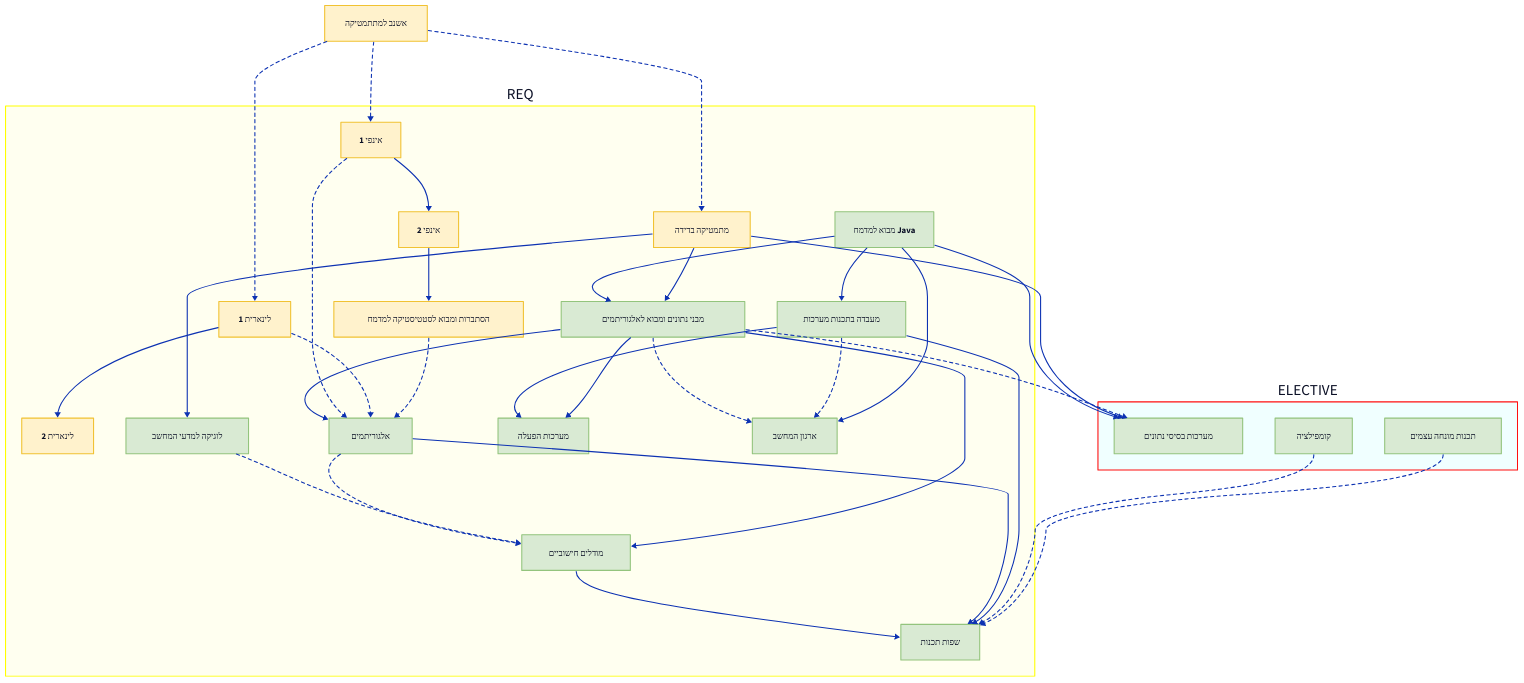
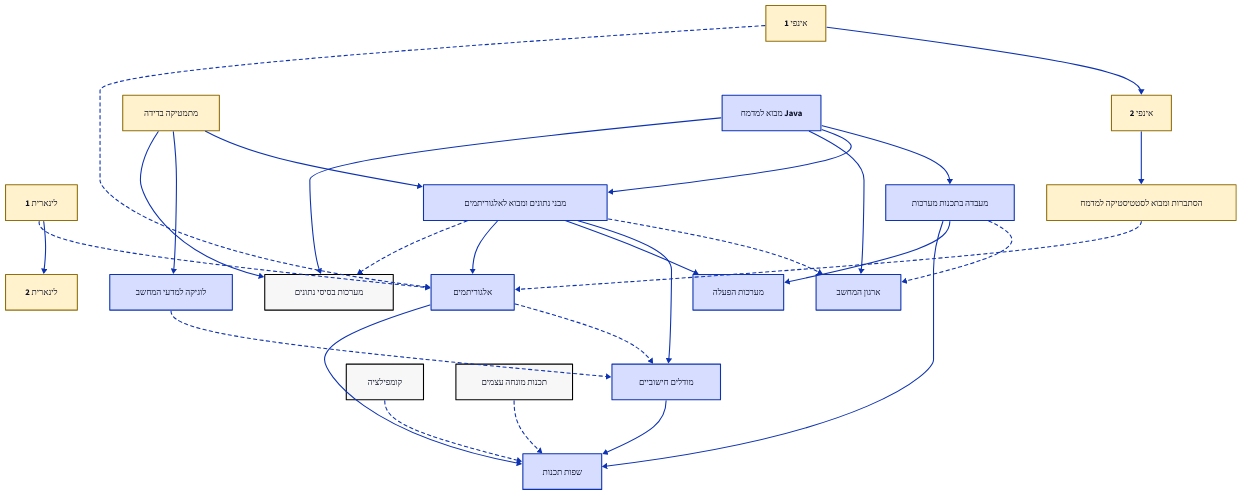
One commit to adielBm/cs-course-dependencies changed the diagram in diagram.d2. Above: the diagram before and after it, drawn with D2. The commit also changed 1 other file, not shown here.

```diff
--- a/diagram.d2
+++ b/diagram.d2
@@ -1,244 +1,216 @@
-# math: fill: #FFF2CC, stroke: #F1C232
-# cs: fill: #D9EAD3, stroke: #93C47D
-# electives: stroke-dash: 3
+# Define variables for colors and styles
+vars: {
+  math-fill: "#FFF2CC"
+  math-stroke: "#916f0c"
+  cs-fill: "#d6ddff"
+  cs-stroke: "#0D32B2"
+  cs-stroke-elective: "black"
+  cs-fill-elective: "#f7f7f7"
+  dash-style: 3
+}
 
-# Math courses
-
-04101: {
-  label: "אשנב למתתמטיקה"
+20474: {
+  label: "אינפי 1"
   style: {
-    fill: "#FFF2CC"
-    stroke: "#F1C232"
+    fill: ${math-fill}
+    stroke: ${math-stroke}
   }
 }
 
-REQ: {
+20475: {
+  label: "אינפי 2"
   style: {
-    fill: "#fffff0"
-    stroke: "#ffff00"
-  }
-
-  20474: {
-    label: "אינפי 1"
-    style: {
-      fill: "#FFF2CC"
-      stroke: "#F1C232"
-    }
-  }
-
-  20475: {
-    label: "אינפי 2"
-    style: {
-      fill: "#FFF2CC"
-      stroke: "#F1C232"
-    }
-  }
-
-  20476: {
-    label: "מתמטיקה בדידה"
-    style: {
-      fill: "#FFF2CC"
-      stroke: "#F1C232"
-    }
-  }
-
-  20109: {
-    label: "לינארית 1"
-    style: {
-      fill: "#FFF2CC"
-      stroke: "#F1C232"
-    }
-  }
-
-  20229: {
-    label: "לינארית 2"
-    style: {
-      fill: "#FFF2CC"
-      stroke: "#F1C232"
-    }
-  }
-
-  20425: {
-    label: "הסתברות ומבוא לסטטיסטיקה למדמח"
-    style: {
-      fill: "#FFF2CC"
-      stroke: "#F1C232"
-    }
-  }
-
-  # CS courses
-
-  20441: {
-    label: "מבוא למדמח Java"
-    style: {
-      fill: "#D9EAD3"
-      stroke: "#93C47D"
-    }
-  }
-
-  20407: {
-    label: "מבני נתונים ומבוא לאלגוריתמים"
-    style: {
-      fill: "#D9EAD3"
-      stroke: "#93C47D"
-    }
-  }
-
-  20465: {
-    label: "מעבדה בתכנות מערכות"
-    style: {
-      fill: "#D9EAD3"
-      stroke: "#93C47D"
-    }
-  }
-
-  20417: {
-    label: "אלגוריתמים"
-    style: {
-      fill: "#D9EAD3"
-      stroke: "#93C47D"
-    }
-  }
-
-  20604: {
-    label: "מודלים חישוביים"
-    style: {
-      fill: "#D9EAD3"
-      stroke: "#93C47D"
-    }
-  }
-
-  20466: {
-    label: "לוגיקה למדעי המחשב"
-    style: {
-      fill: "#D9EAD3"
-      stroke: "#93C47D"
-    }
-  }
-
-  20594: {
-    label: "מערכות הפעלה"
-    style: {
-      fill: "#D9EAD3"
-      stroke: "#93C47D"
-    }
-  }
-
-  20905: {
-    label: "שפות תכנות"
-    style: {
-      fill: "#D9EAD3"
-      stroke: "#93C47D"
-    }
-  }
-
-  20471: {
-    label: "ארגון המחשב"
-    style: {
-      fill: "#D9EAD3"
-      stroke: "#93C47D"
-    }
-  }
-
-  # prerequisites (regular), recommended (dash) 
-
-  20407 -> 20471: {
-    style.stroke-dash: 3
-  }
-  20465 -> 20471: {
-    style.stroke-dash: 3
-  }
-
-  20417 -> 20604: {
-    style.stroke-dash: 3
-  }
-
-  20466 -> 20604: {
-    style.stroke-dash: 3
-  }
-
-  20441 -> 20465
-  20441 -> 20407
-  20476 -> 20407
-  20407 -> 20604
-
-  20465 -> 20594
-
-  # 20905 שפות תכנות
-  20604 -> 20905
-  20417 -> 20905
-  20465 -> 20905
-
-  20476 -> 20466
-  20441 -> 20471
-  20474 -> 20475 -> 20425
-  20109 -> 20229
-  20407 -> 20594
-
-  # requirements of 20417
-  20407 -> 20417
-  # rec of 20417
-  20474 -> 20417: {
-    style.stroke-dash: 3
-  }
-  20109 -> 20417: {
-    style.stroke-dash: 3
-  }
-  20425 -> 20417: {
-    style.stroke-dash: 3
-  }
-}
-04101 -> REQ.20474: {
-  style.stroke-dash: 3
-}
-04101 -> REQ.20476: {
-  style.stroke-dash: 3
-}
-04101 -> REQ.20109: {
-  style.stroke-dash: 3
-}
-
-ELECTIVE: {
-  style: {
-    fill: "#f0ffff"
-    stroke: "#ff0f0f"
-  }
-
-  20277: {
-    label: "מערכות בסיסי נתונים"
-    style: {
-      fill: "#D9EAD3"
-      stroke: "#93C47D"
-    }
-  }
-
-  20364: {
-    label: "קומפילציה"
-    style: {
-      fill: "#D9EAD3"
-      stroke: "#93C47D"
-    }
-  }
-
-  20906: {
-    label: "תכנות מונחה עצמים"
-    style: {
-      fill: "#D9EAD3"
-      stroke: "#93C47D"
-    }
+    fill: ${math-fill}
+    stroke: ${math-stroke}
   }
 }
 
-ELECTIVE.20364 -> REQ.20905: {
-  style.stroke-dash: 3
+20476: {
+  label: "מתמטיקה בדידה"
+  style: {
+    fill: ${math-fill}
+    stroke: ${math-stroke}
+  }
 }
 
-ELECTIVE.20906 -> REQ.20905: {
-  style.stroke-dash: 3
+20109: {
+  label: "לינארית 1"
+  style: {
+    fill: ${math-fill}
+    stroke: ${math-stroke}
+  }
 }
 
-REQ.20441 -> ELECTIVE.20277
-REQ.20476 -> ELECTIVE.20277
-REQ.20407 -> ELECTIVE.20277: {
-  style.stroke-dash: 3
+20229: {
+  label: "לינארית 2"
+  style: {
+    fill: ${math-fill}
+    stroke: ${math-stroke}
+  }
 }
+
+20425: {
+  label: "הסתברות ומבוא לסטטיסטיקה למדמח"
+  style: {
+    fill: ${math-fill}
+    stroke: ${math-stroke}
+  }
+}
+
+# CS courses
+20441: {
+  label: "מבוא למדמח Java"
+  style: {
+    fill: ${cs-fill}
+    stroke: ${cs-stroke}
+  }
+}
+
+20407: {
+  label: "מבני נתונים ומבוא לאלגוריתמים"
+  style: {
+    fill: ${cs-fill}
+    stroke: ${cs-stroke}
+  }
+}
+
+20465: {
+  label: "מעבדה בתכנות מערכות"
+  style: {
+    fill: ${cs-fill}
+    stroke: ${cs-stroke}
+  }
+}
+
+20417: {
+  label: "אלגוריתמים"
+  style: {
+    fill: ${cs-fill}
+    stroke: ${cs-stroke}
+  }
+}
+
+20604: {
+  label: "מודלים חישוביים"
+  style: {
+    fill: ${cs-fill}
+    stroke: ${cs-stroke}
+  }
+}
+
+20466: {
+  label: "לוגיקה למדעי המחשב"
+  style: {
+    fill: ${cs-fill}
+    stroke: ${cs-stroke}
+  }
+}
+
+20594: {
+  label: "מערכות הפעלה"
+  style: {
+    fill: ${cs-fill}
+    stroke: ${cs-stroke}
+  }
+}
+
+20905: {
+  label: "שפות תכנות"
+  style: {
+    fill: ${cs-fill}
+    stroke: ${cs-stroke}
+  }
+}
+
+20471: {
+  label: "ארגון המחשב"
+  style: {
+    fill: ${cs-fill}
+    stroke: ${cs-stroke}
+  }
+}
+
+# prerequisites (regular), recommended (dash) 
+
+20407 -> 20471: {
+  style.stroke-dash: ${dash-style}
+}
+20465 -> 20471: {
+  style.stroke-dash: ${dash-style}
+}
+
+20417 -> 20604: {
+  style.stroke-dash: ${dash-style}
+}
+
+20466 -> 20604: {
+  style.stroke-dash: ${dash-style}
+}
+
+20441 -> 20465
+20441 -> 20407
+20476 -> 20407
+20407 -> 20604
+
+20465 -> 20594
+
+# 20905 שפות תכנות
+20604 -> 20905
+20417 -> 20905
+20465 -> 20905
+
+20476 -> 20466
+20441 -> 20471
+20474 -> 20475 -> 20425
+20109 -> 20229
+20407 -> 20594
+
+# requirements of 20417
+20407 -> 20417
+# rec of 20417
+20474 -> 20417: {
+  style.stroke-dash: ${dash-style}
+}
+20109 -> 20417: {
+  style.stroke-dash: ${dash-style}
+}
+20425 -> 20417: {
+  style.stroke-dash: ${dash-style}
+}
+20364 -> 20905: {
+  style.stroke-dash: ${dash-style}
+}
+
+20906 -> 20905: {
+  style.stroke-dash: ${dash-style}
+}
+
+20441 -> 20277
+20476 -> 20277
+20407 -> 20277: {
+  style.stroke-dash: ${dash-style}
+}
+
+20277: {
+  label: "מערכות בסיסי נתונים"
+  style: {
+    fill: ${cs-fill-elective}
+    stroke: ${cs-stroke-elective}
+  }
+}
+
+20364: {
+  label: "קומפילציה"
+  style: {
+    fill: ${cs-fill-elective}
+    stroke: ${cs-stroke-elective}
+  }
+}
+
+20906: {
+  label: "תכנות מונחה עצמים"
+  style: {
+    fill: ${cs-fill-elective}
+    stroke: ${cs-stroke-elective}
+  }
+}
```
